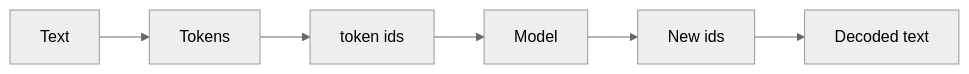
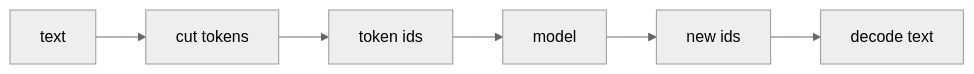
One commit to chaxus/arche changed the diagram in web/src/content/beginner/en/tokenizer.md. Above: the diagram before and after it, drawn with Mermaid (neutral theme). The commit also changed other lines of this file and 8 other files, not shown here.

````diff
--- a/web/src/content/beginner/en/tokenizer.md
+++ b/web/src/content/beginner/en/tokenizer.md
@@ -20,8 +12,8 @@
 ```mermaid
 flowchart LR
-  text[Text] --> cut[Tokens]
+  text[text] --> cut[cut tokens]
   cut --> ids[token ids]
-  ids --> model[Model]
-  model --> ids2[New ids]
-  ids2 --> back[Decoded text]
+  ids --> model[model]
+  model --> ids2[new ids]
+  ids2 --> back[decode text]
 ```
````
